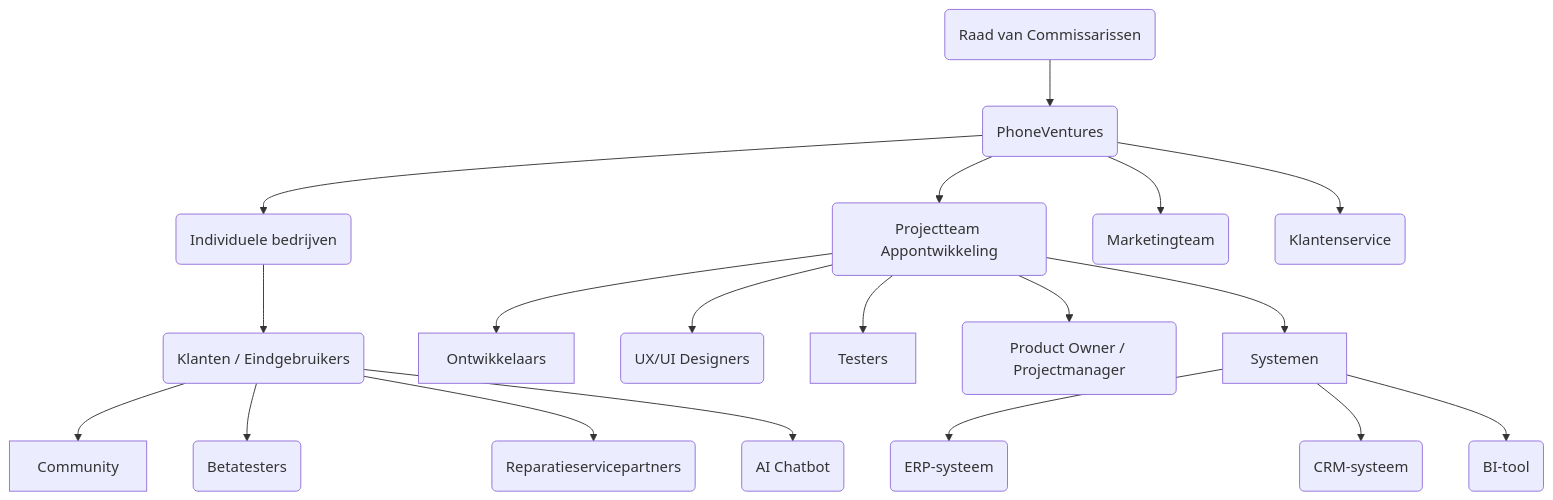
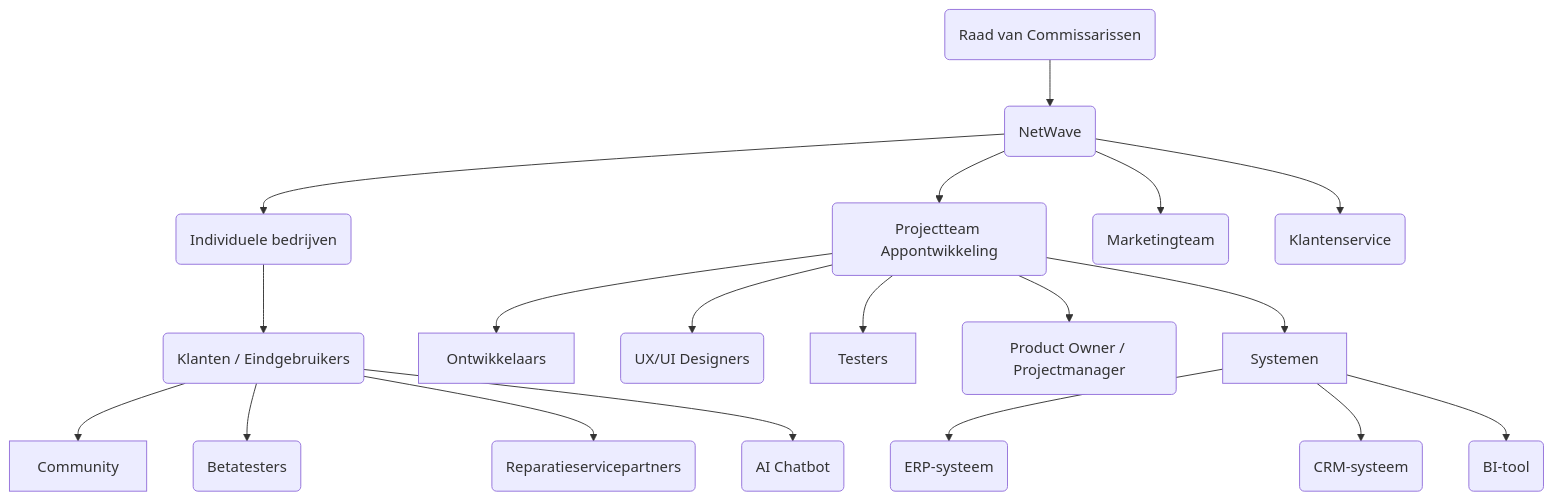
The first of 3 diagrams in Introductie.MD (JasonTomeij/NetWave), drawn with Mermaid before and after one commit.

````diff
--- a/Introductie.MD
+++ b/Introductie.MD
@@ -34,27 +34,27 @@
 ```mermaid
 graph TD
     RvC(Raad van Commissarissen)
-    RvC --> PV(PhoneVentures)
+    RvC --> PV(NetWave)
     PV --> Bedrijven(Individuele bedrijven)
     PV --> Projectteam(Projectteam Appontwikkeling)
 
     Projectteam --> Ontwikkelaars
     Projectteam --> UXUI(UX/UI Designers)
     Projectteam --> Testers
     Projectteam --> PO(Product Owner / Projectmanager)
 
     Projectteam --> Systemen
     Systemen --> ERP(ERP-systeem)
     Systemen --> CRM(CRM-systeem)
     Systemen --> BI(BI-tool)
 
     PV --> Marketing(Marketingteam)
     PV --> Support(Klantenservice)
 
     Bedrijven --> Klanten(Klanten / Eindgebruikers)
     Klanten --> Community
     Klanten --> Beta(Betatesters)
 
     Klanten --> Reparaties(Reparatieservicepartners)
     Klanten --> Chatbot(AI Chatbot)
 ```
````
